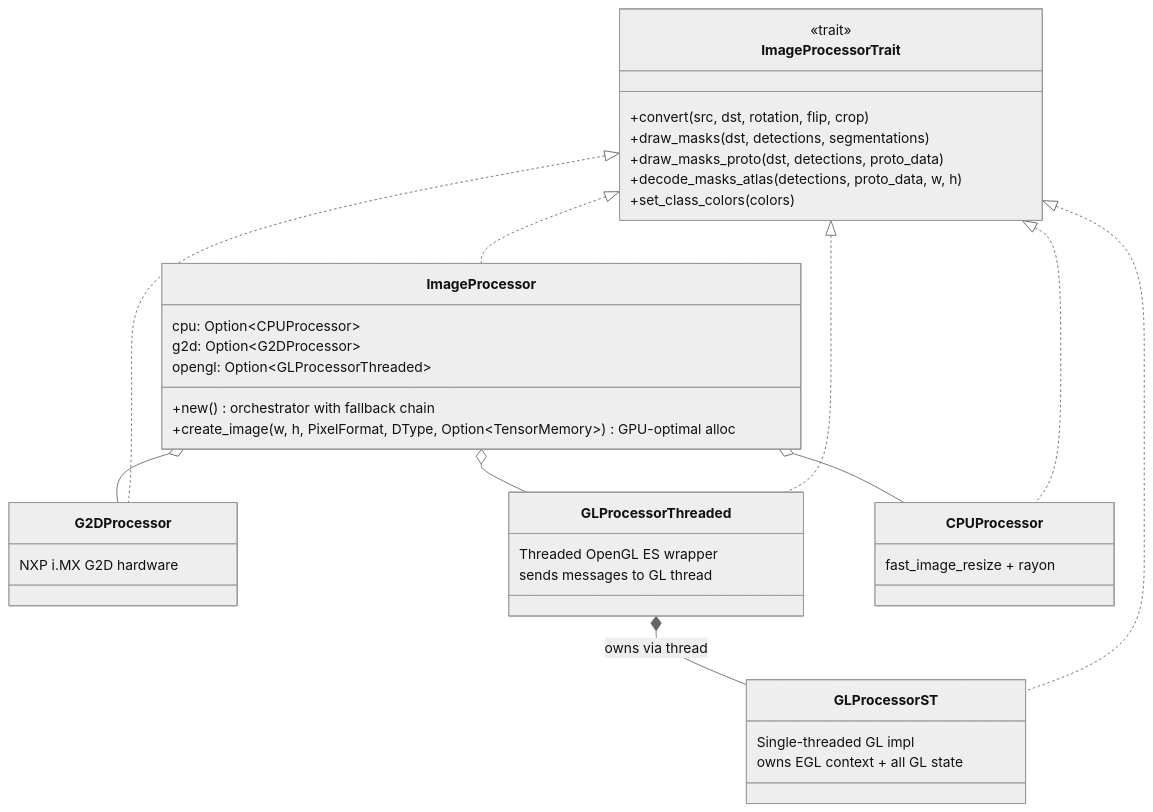
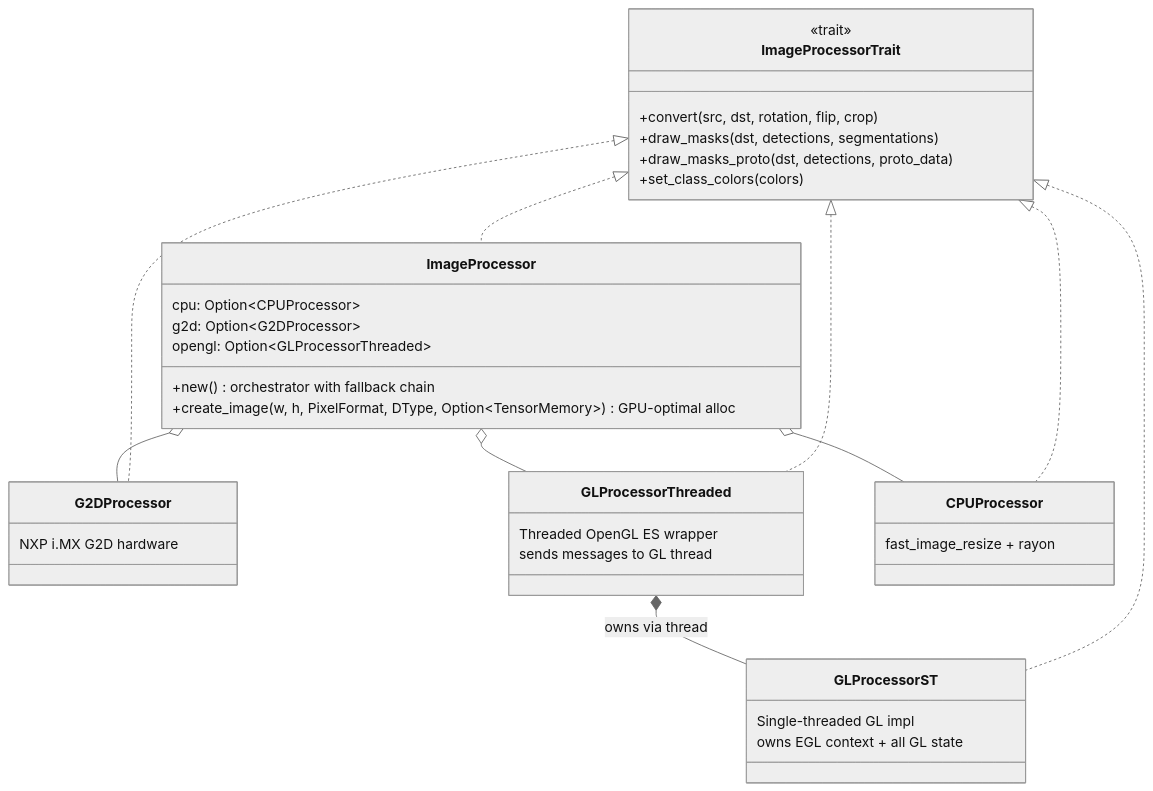
The fourth of 12 diagrams in ARCHITECTURE.md (EdgeFirstAI/hal), drawn with Mermaid (neutral theme) before and after one commit. The commit also changed other lines of this file and 20 other files, not shown here.

First line of the commit message:
EDGEAI-1213: Remove decode_masks / decode_masks_atlas (atlas readback path)

````diff
--- a/ARCHITECTURE.md
+++ b/ARCHITECTURE.md
@@ -156,47 +156,46 @@
 ```mermaid
 classDiagram
     class ImageProcessorTrait {
         <<trait>>
         +convert(src, dst, rotation, flip, crop)
         +draw_masks(dst, detections, segmentations)
         +draw_masks_proto(dst, detections, proto_data)
-        +decode_masks_atlas(detections, proto_data, w, h)
         +set_class_colors(colors)
     }
 
     class ImageProcessor {
         cpu: Option~CPUProcessor~
         g2d: Option~G2DProcessor~
         opengl: Option~GLProcessorThreaded~
         +new() orchestrator with fallback chain
         +create_image(w, h, PixelFormat, DType, Option~TensorMemory~) GPU-optimal alloc
     }
 
     class G2DProcessor {
         NXP i.MX G2D hardware
     }
 
     class GLProcessorThreaded {
         Threaded OpenGL ES wrapper
         sends messages to GL thread
     }
 
     class GLProcessorST {
         Single-threaded GL impl
         owns EGL context + all GL state
     }
 
     class CPUProcessor {
         fast_image_resize + rayon
     }
 
     ImageProcessorTrait <|.. ImageProcessor
     ImageProcessorTrait <|.. G2DProcessor
     ImageProcessorTrait <|.. GLProcessorThreaded
     ImageProcessorTrait <|.. GLProcessorST
     ImageProcessorTrait <|.. CPUProcessor
     ImageProcessor o-- G2DProcessor
     ImageProcessor o-- GLProcessorThreaded
     ImageProcessor o-- CPUProcessor
     GLProcessorThreaded *-- GLProcessorST : owns via thread
 ```
````
